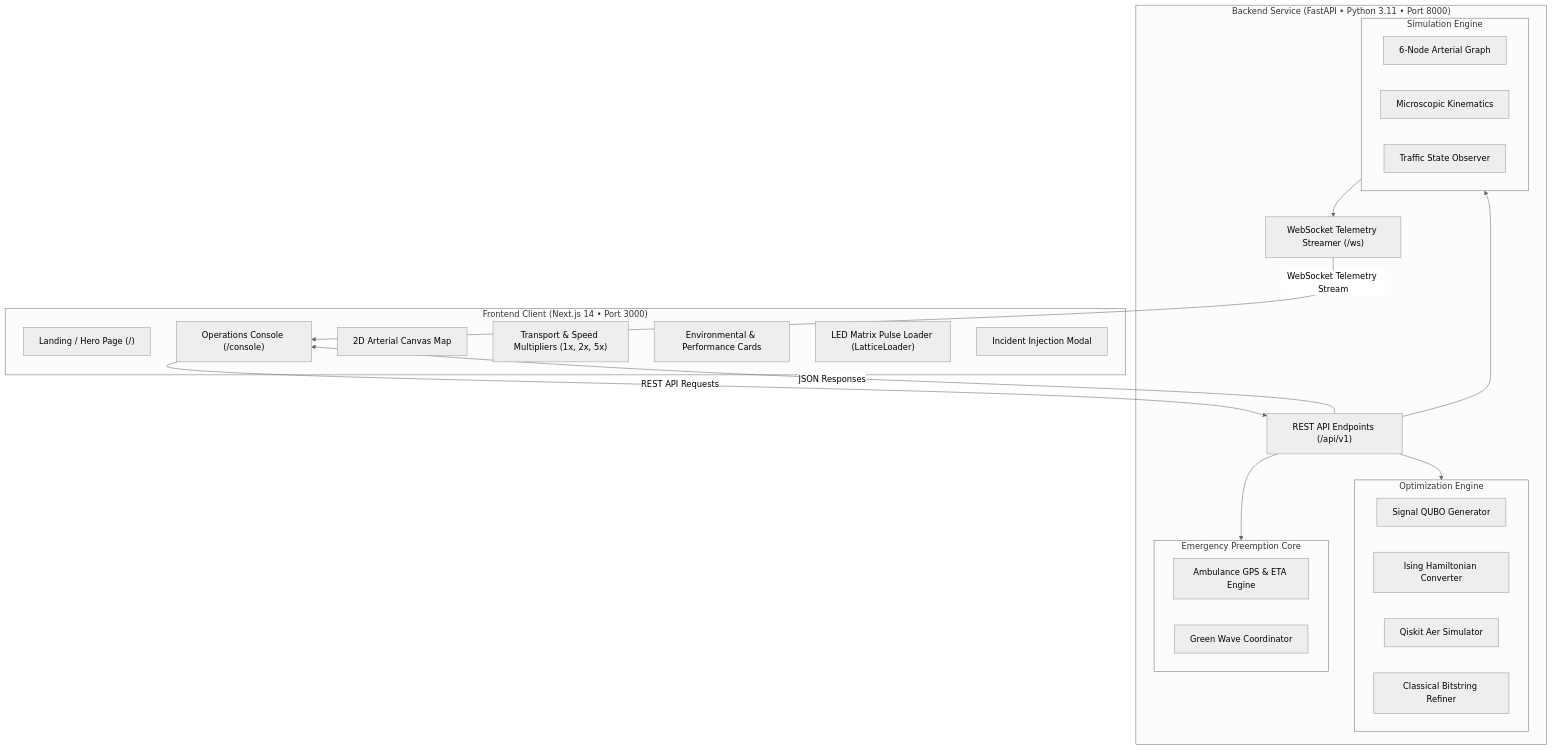
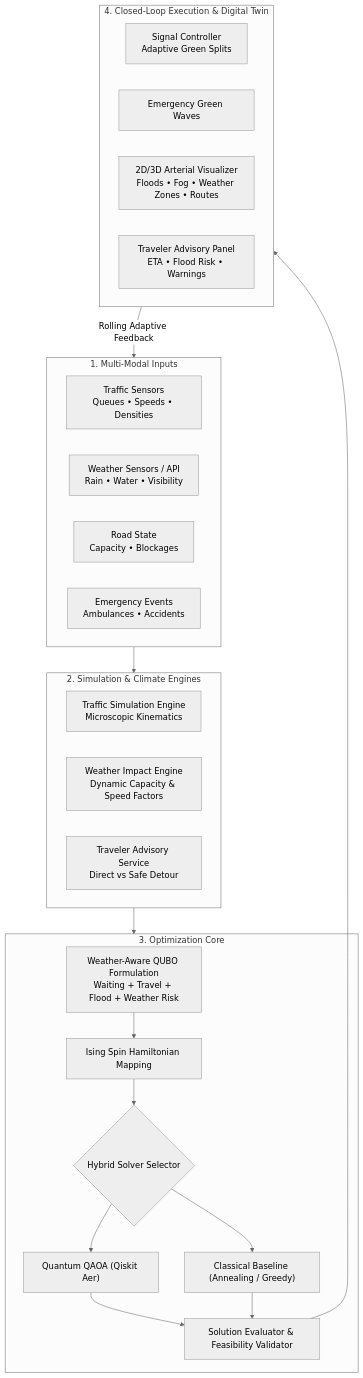
One commit to karteyareddy/Qubits-Quantexa_Project changed the diagram in README.md. Above: the diagram before and after it, drawn with Mermaid (neutral theme). The commit also changed other lines of this file and 22 other files, not shown here.

````diff
--- a/README.md
+++ b/README.md
@@ -177,43 +80,39 @@
 ```mermaid
 flowchart TB
-    subgraph Client["Frontend Client (Next.js 14 • Port 3000)"]
-        HeroPage["Landing / Hero Page (/)"]
-        ConsolePage["Operations Console (/console)"]
-        CanvasMap["2D Arterial Canvas Map"]
-        Controls["Transport & Speed Multipliers (1x, 2x, 5x)"]
-        Telemetry["Environmental & Performance Cards"]
-        Lattice["LED Matrix Pulse Loader (LatticeLoader)"]
-        EventModal["Incident Injection Modal"]
+    subgraph Data["1. Multi-Modal Inputs"]
+        Traffic["Traffic Sensors<br/>Queues • Speeds • Densities"]
+        Weather["Weather Sensors / API<br/>Rain • Water • Visibility"]
+        Roads["Road State<br/>Capacity • Blockages"]
+        Events["Emergency Events<br/>Ambulances • Accidents"]
     end
 
-    subgraph Server["Backend Service (FastAPI • Python 3.11 • Port 8000)"]
-        Router["REST API Endpoints (/api/v1)"]
-        WSManager["WebSocket Telemetry Streamer (/ws)"]
-        
-        subgraph CoreSim["Simulation Engine"]
-            Network["6-Node Arterial Graph"]
-            Kinematics["Microscopic Kinematics"]
-            Observer["Traffic State Observer"]
-        end
-
-        subgraph Optimizer["Optimization Engine"]
-            QUBO["Signal QUBO Generator"]
-            Ising["Ising Hamiltonian Converter"]
-            QAOA["Qiskit Aer Simulator"]
-            Refiner["Classical Bitstring Refiner"]
-        end
-
-        subgraph Preemption["Emergency Preemption Core"]
-            Tracker["Ambulance GPS & ETA Engine"]
-            Corridor["Green Wave Coordinator"]
-        end
+    subgraph Core["2. Simulation & Climate Engines"]
+        Sim["Traffic Simulation Engine<br/>Microscopic Kinematics"]
+        Impact["Weather Impact Engine<br/>Dynamic Capacity & Speed Factors"]
+        Advisory["Traveler Advisory Service<br/>Direct vs Safe Detour"]
     end
 
-    ConsolePage -->|"REST API Requests"| Router
-    Router -->|"JSON Responses"| ConsolePage
-    WSManager -->|"WebSocket Telemetry Stream"| ConsolePage
-    Router --> CoreSim
-    Router --> Optimizer
-    Router --> Preemption
-    CoreSim --> WSManager
+    subgraph MathOpt["3. Optimization Core"]
+        QUBO["Weather-Aware QUBO Formulation<br/>Waiting + Travel + Flood + Weather Risk"]
+        Ising["Ising Spin Hamiltonian Mapping"]
+        Solver{"Hybrid Solver Selector"}
+        QAOA["Quantum QAOA (Qiskit Aer)"]
+        Classical["Classical Baseline (Annealing / Greedy)"]
+        Eval["Solution Evaluator & Feasibility Validator"]
+    end
+
+    subgraph Output["4. Closed-Loop Execution & Digital Twin"]
+        Signals["Signal Controller<br/>Adaptive Green Splits"]
+        Corridor["Emergency Green Waves"]
+        Twin["2D/3D Arterial Visualizer<br/>Floods • Fog • Weather Zones • Routes"]
+        AdvisoryUI["Traveler Advisory Panel<br/>ETA • Flood Risk • Warnings"]
+    end
+
+    Data --> Core
+    Core --> MathOpt
+    QUBO --> Ising --> Solver
+    Solver --> QAOA & Classical
+    QAOA & Classical --> Eval
+    Eval --> Output
+    Output -->|"Rolling Adaptive Feedback"| Data
 ```
````
